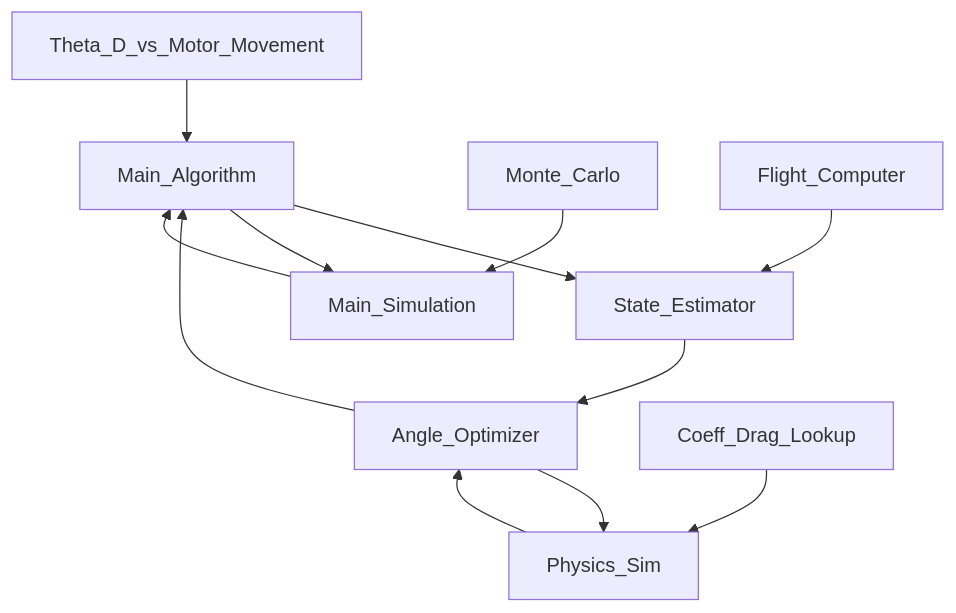
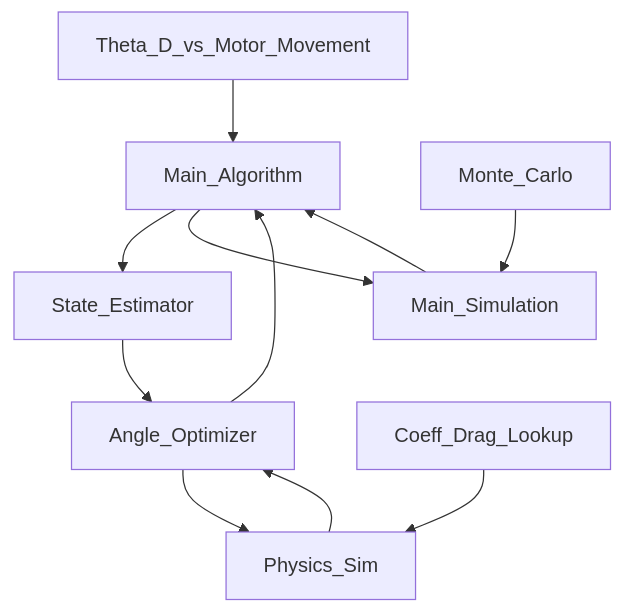
Before and after one commit to Case-Rocket-Team/Airbrakes: the diagram in README.md, drawn with Mermaid.

````diff
--- a/README.md
+++ b/README.md
@@ -5,14 +5,13 @@
 ```mermaid
 graph TD;
     Main_Algorithm-->State_Estimator;
     Theta_D_vs_Motor_Movement-->Main_Algorithm;
+    State_Estimator-->Angle_Optimizer;
+    Angle_Optimizer-->Physics_Sim;
+    Physics_Sim-->Angle_Optimizer;
+    Angle_Optimizer-->Main_Algorithm;
+    Coeff_Drag_Lookup-->Physics_Sim;
     Main_Simulation-->Main_Algorithm;
     Main_Algorithm-->Main_Simulation;
     Monte_Carlo-->Main_Simulation;
-    State_Estimator-->Angle_Optimizer;
-    Angle_Optimizer-->Physics_Sim;
-    Coeff_Drag_Lookup-->Physics_Sim;
-    Physics_Sim-->Angle_Optimizer;
-    Angle_Optimizer-->Main_Algorithm;
-    Flight_Computer-->State_Estimator;
 ```
````
